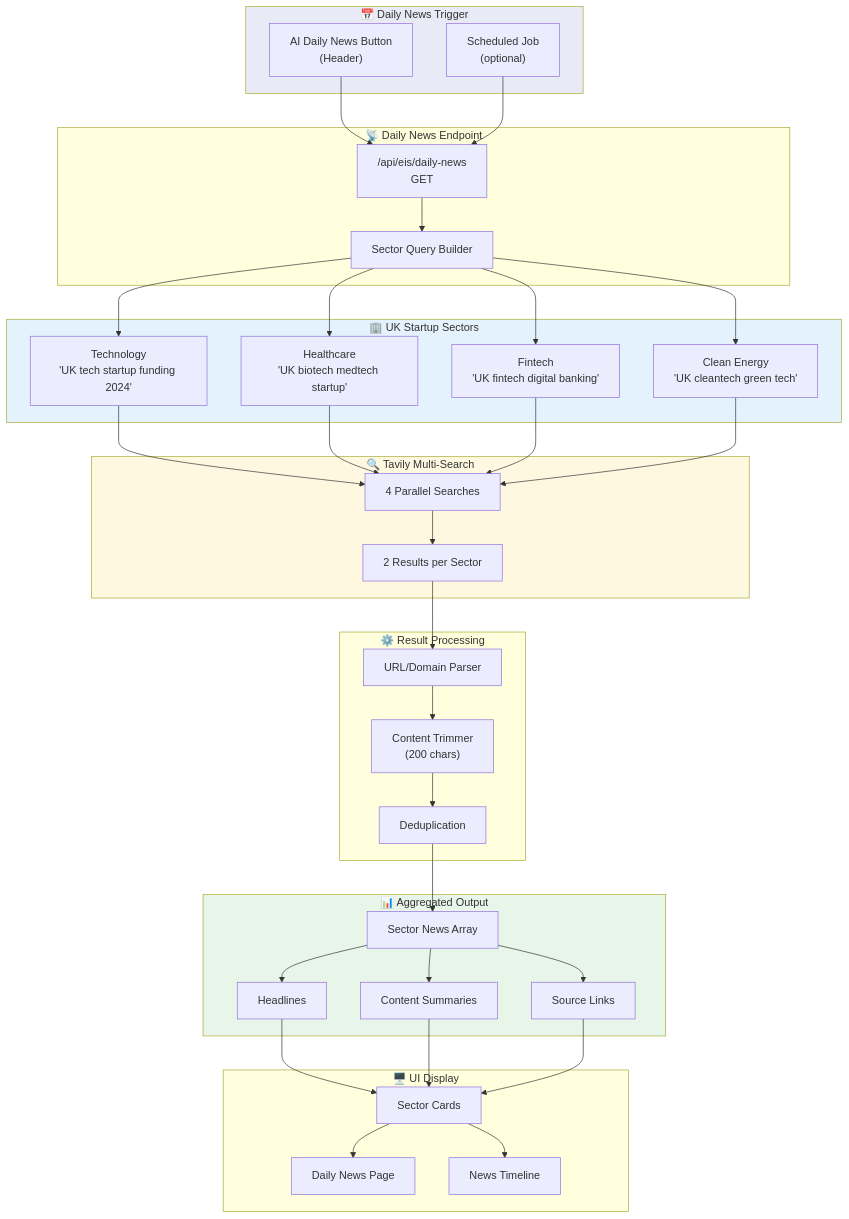
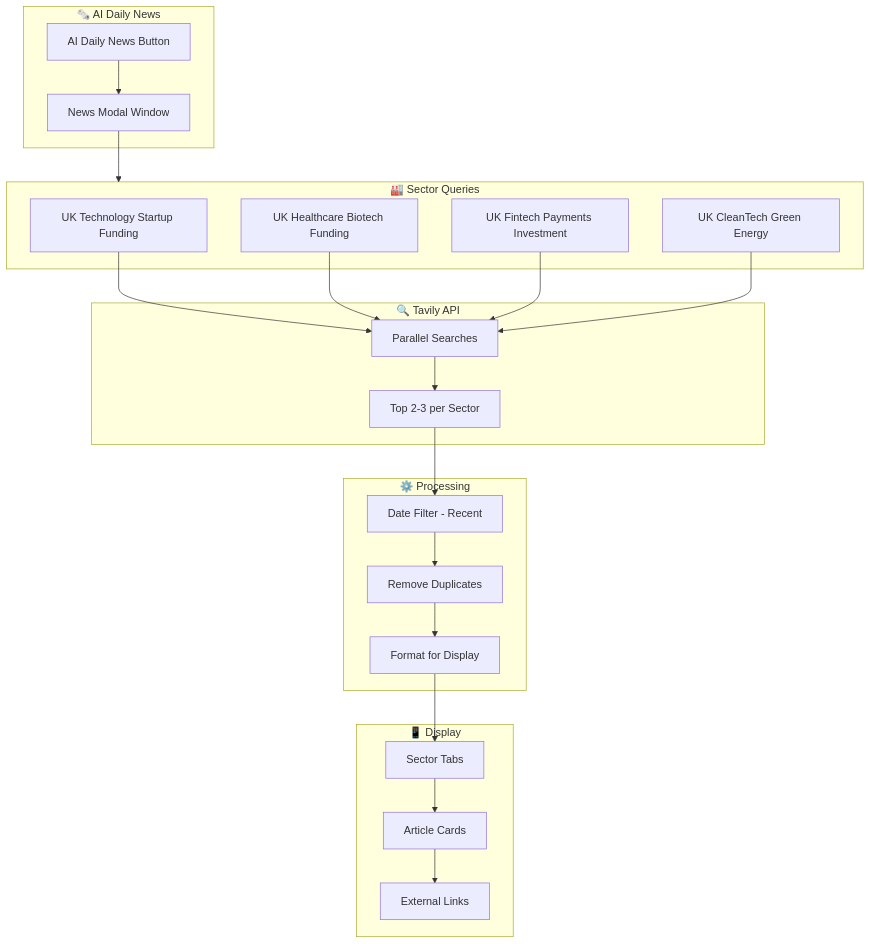
One commit to nagasriramnani/Currency-Intelligence-Platform-V2 changed the tenth of 12 diagrams in EIS_ARCHITECTURE_REPORT.md. Above: the diagram before and after it, drawn with Mermaid. The commit also changed other lines of this file, not shown here.

First line of the commit message:
docs: EIS Architecture Report with 5 Mermaid diagrams

````diff
--- a/EIS_ARCHITECTURE_REPORT.md
+++ b/EIS_ARCHITECTURE_REPORT.md
@@ -527,79 +440,48 @@
 ```mermaid
-flowchart TB
-    subgraph Trigger["📅 Daily News Trigger"]
-        DailyNewsBtn["AI Daily News Button<br/>(Header)"]
-        ScheduledJob["Scheduled Job<br/>(optional)"]
+graph TB
+    subgraph DailyNews["🗞️ AI Daily News"]
+        Button[AI Daily News Button]
+        Modal[News Modal Window]
     end
 
-    subgraph API["📡 Daily News Endpoint"]
-        DailyNewsAPI["/api/eis/daily-news<br/>GET"]
-        SectorQueries["Sector Query Builder"]
+    subgraph SectorQueries["🏭 Sector Queries"]
+        Tech[UK Technology Startup Funding]
+        Health[UK Healthcare Biotech Funding]
+        Fintech[UK Fintech Payments Investment]
+        Clean[UK CleanTech Green Energy]
     end
 
-    subgraph Sectors["🏢 UK Startup Sectors"]
-        Tech["Technology<br/>'UK tech startup funding 2024'"]
-        Healthcare["Healthcare<br/>'UK biotech medtech startup'"]
-        Fintech["Fintech<br/>'UK fintech digital banking'"]
-        CleanEnergy["Clean Energy<br/>'UK cleantech green tech'"]
+    subgraph TavilyAPI["🔍 Tavily API"]
+        Search[Parallel Searches]
+        Results[Top 2-3 per Sector]
     end
 
-    subgraph TavilySearch["🔍 Tavily Multi-Search"]
-        ParallelQueries["4 Parallel Searches"]
-        ResultsPerSector["2 Results per Sector"]
+    subgraph Processing["⚙️ Processing"]
+        Filter[Date Filter - Recent]
+        Dedupe[Remove Duplicates]
+        Format[Format for Display]
     end
 
-    subgraph Processing["⚙️ Result Processing"]
-        URLParser["URL/Domain Parser"]
-        ContentTrimmer["Content Trimmer<br/>(200 chars)"]
-        Deduplication["Deduplication"]
+    subgraph Display["📱 Display"]
+        SectorTabs[Sector Tabs]
+        ArticleList[Article Cards]
+        ReadMore[External Links]
     end
 
-    subgraph Output["📊 Aggregated Output"]
-        SectorNews["Sector News Array"]
-        Headlines["Headlines"]
-        Summaries["Content Summaries"]
-        SourceLinks["Source Links"]
-    end
-
-    subgraph Display["🖥️ UI Display"]
-        DailyNewsPage["Daily News Page"]
-        SectorCards["Sector Cards"]
-        NewsTimeline["News Timeline"]
-    end
-
-    %% Flow
-    DailyNewsBtn --> DailyNewsAPI
-    ScheduledJob --> DailyNewsAPI
-    DailyNewsAPI --> SectorQueries
-
-    SectorQueries --> Tech
-    SectorQueries --> Healthcare
-    SectorQueries --> Fintech
-    SectorQueries --> CleanEnergy
-
-    Tech --> ParallelQueries
-    Healthcare --> ParallelQueries
-    Fintech --> ParallelQueries
-    CleanEnergy --> ParallelQueries
-
-    ParallelQueries --> ResultsPerSector
-    ResultsPerSector --> URLParser
-    URLParser --> ContentTrimmer
-    ContentTrimmer --> Deduplication
-    Deduplication --> SectorNews
-
-    SectorNews --> Headlines
-    SectorNews --> Summaries
-    SectorNews --> SourceLinks
-
-    Headlines --> SectorCards
-    Summaries --> SectorCards
-    SourceLinks --> SectorCards
-    SectorCards --> DailyNewsPage
-    SectorCards --> NewsTimeline
-
-    style Trigger fill:#e8eaf6
-    style Sectors fill:#e3f2fd
-    style TavilySearch fill:#fff8e1
-    style Output fill:#e8f5e9
+    Button --> Modal
+    Modal --> SectorQueries
+    
+    Tech --> Search
+    Health --> Search
+    Fintech --> Search
+    Clean --> Search
+    
+    Search --> Results
+    Results --> Filter
+    Filter --> Dedupe
+    Dedupe --> Format
+    
+    Format --> SectorTabs
+    SectorTabs --> ArticleList
+    ArticleList --> ReadMore
 ```
````
